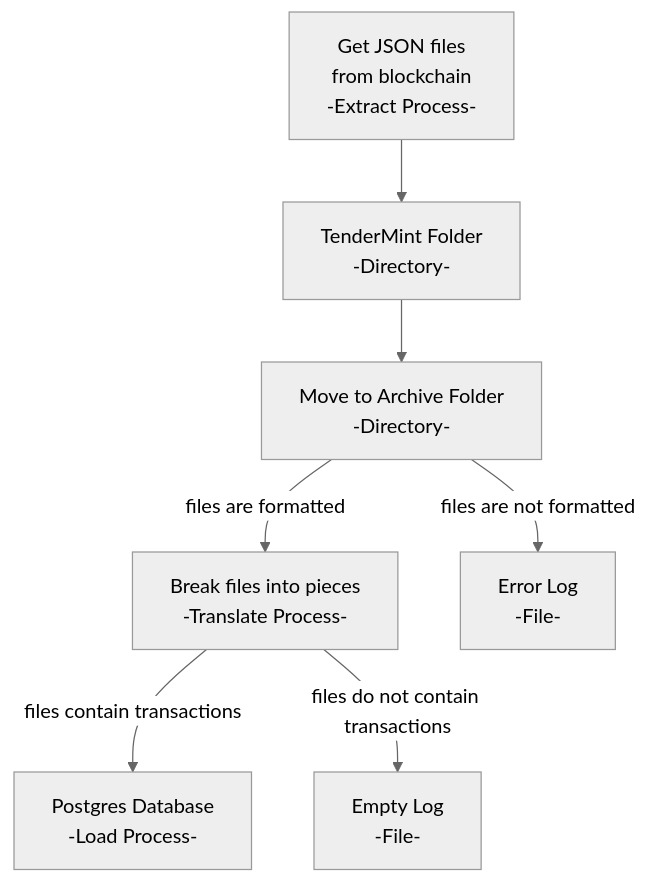
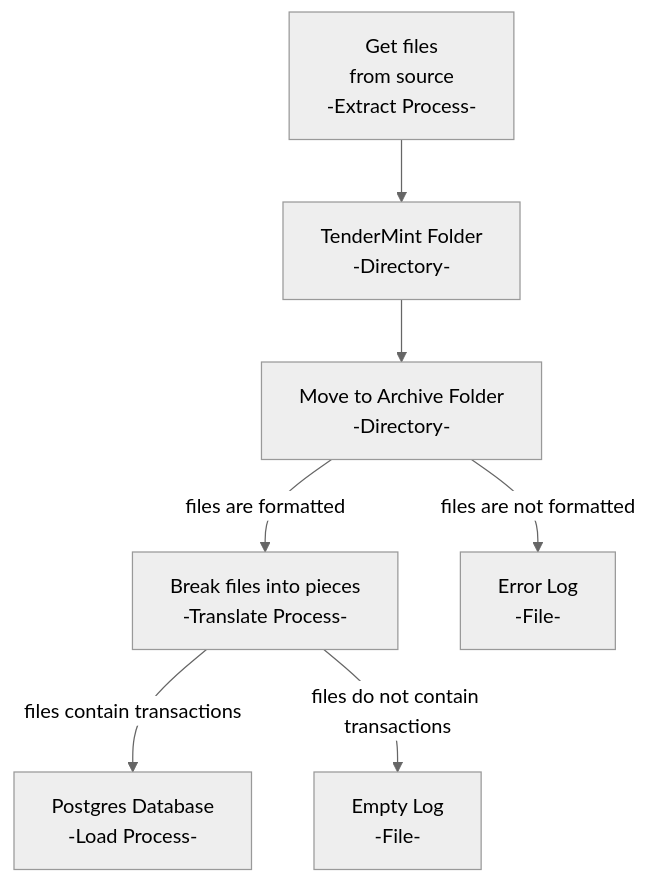
Before and after one commit to patmcfarland/one: the diagram in README.md, drawn with Mermaid (neutral theme).

````diff
--- a/README.md
+++ b/README.md
@@ -1,15 +1,15 @@
 ```mermaid
 flowchart TD
-A[Get JSON files<br>from blockchain<br>-Extract Process-]
+A[Get files<br>from source<br>-Extract Process-]
 A --> B
 B[TenderMint Folder<br>-Directory-]
 B --> C[Move to Archive Folder<br>-Directory-]
 C -- files are formatted --> D
 D[Break files into pieces<br>-Translate Process-]
 C -- files are not formatted --> E
 E[Error Log<br>-File-]
 F[Postgres Database<br>-Load Process-]
 D -- files contain transactions --> F
 D -- files do not contain transactions --> G
 G[Empty Log<br>-File-]
 ```
````
